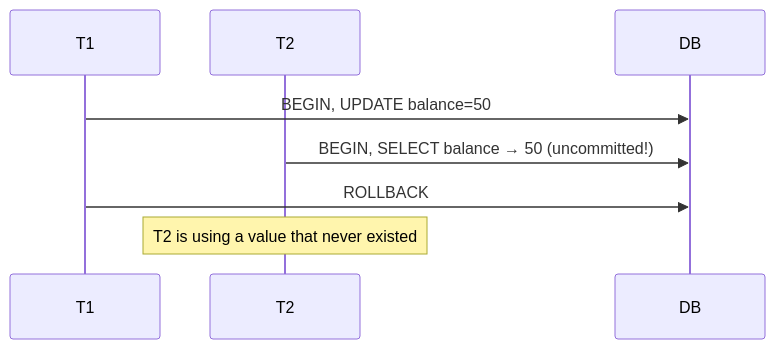
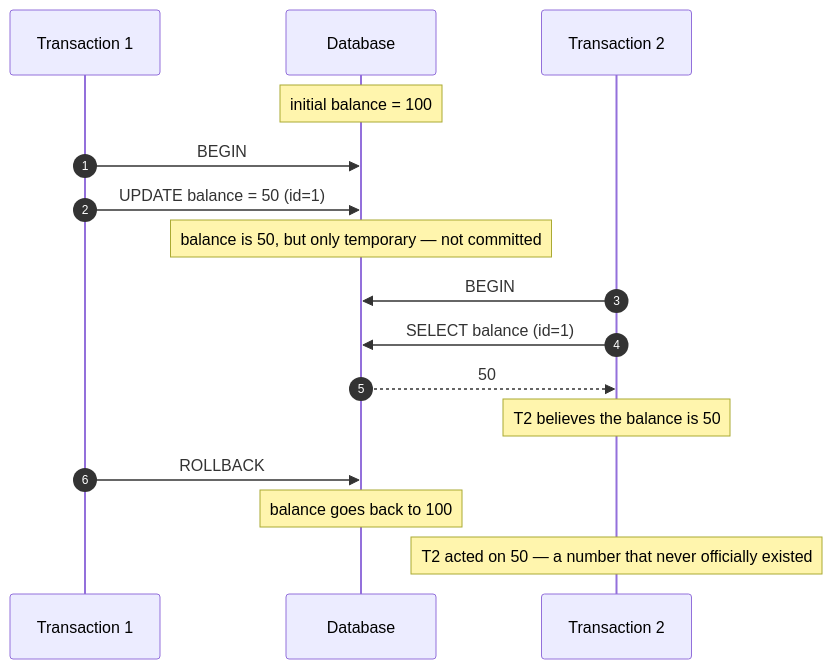
Before and after one commit to tanaymakharia17/tanaymakharia17.github.io: the first of 5 diagrams in _posts/2026-09-23-concurrency-problems-isolation-levels.md, drawn with Mermaid. The commit also changed other lines of this file, not shown here.

Commit message:
Rewrite isolation levels post for beginners with clearer diagrams

````diff
--- a/_posts/2026-09-23-concurrency-problems-isolation-levels.md
+++ b/_posts/2026-09-23-concurrency-problems-isolation-levels.md
@@ -23,9 +38,19 @@
 ```mermaid
 sequenceDiagram
-    participant T1
-    participant T2
-    T1->>DB: BEGIN, UPDATE balance=50
-    T2->>DB: BEGIN, SELECT balance → 50 (uncommitted!)
+    autonumber
+    participant T1 as Transaction 1
+    participant DB as Database
+    participant T2 as Transaction 2
+
+    Note over DB: initial balance = 100
+    T1->>DB: BEGIN
+    T1->>DB: UPDATE balance = 50 (id=1)
+    Note over DB: balance is 50, but only temporary — not committed
+    T2->>DB: BEGIN
+    T2->>DB: SELECT balance (id=1)
+    DB-->>T2: 50
+    Note over T2: T2 believes the balance is 50
     T1->>DB: ROLLBACK
-    Note over T2: T2 is using a value that never existed
+    Note over DB: balance goes back to 100
+    Note over T2: T2 acted on 50 — a number that never officially existed
 ```
````
